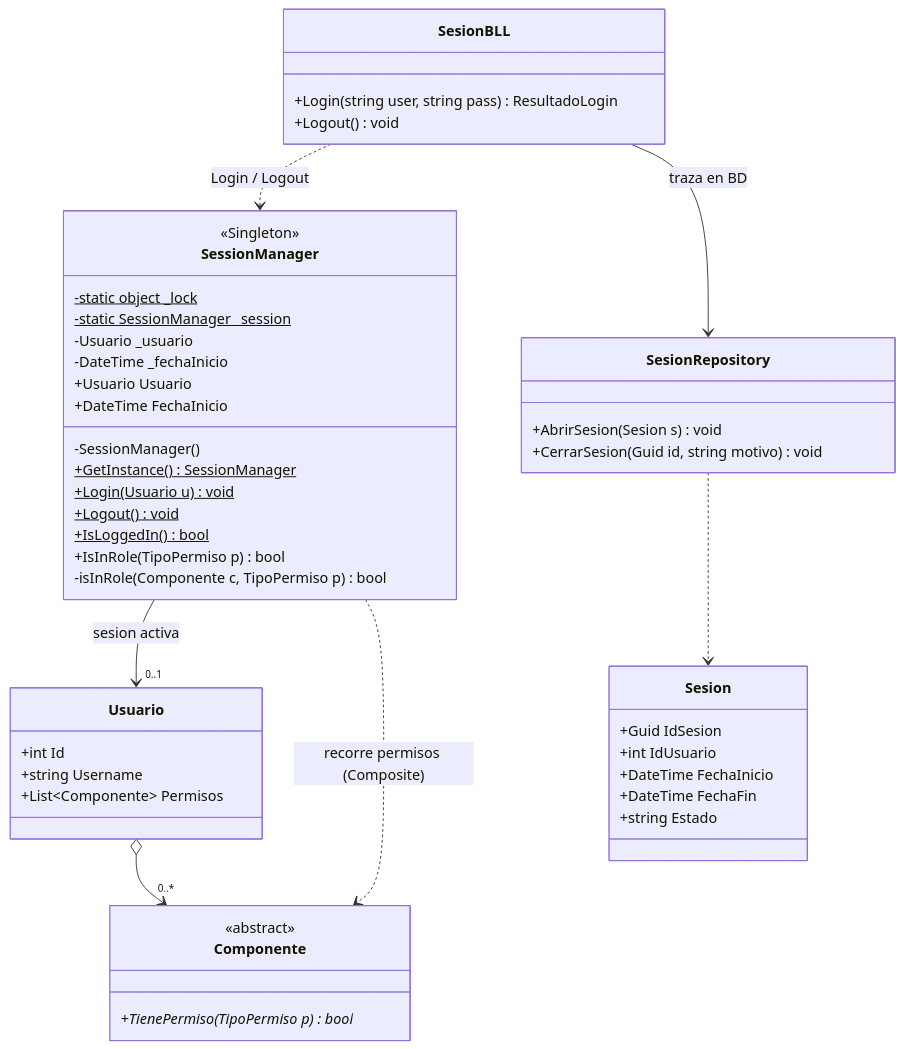
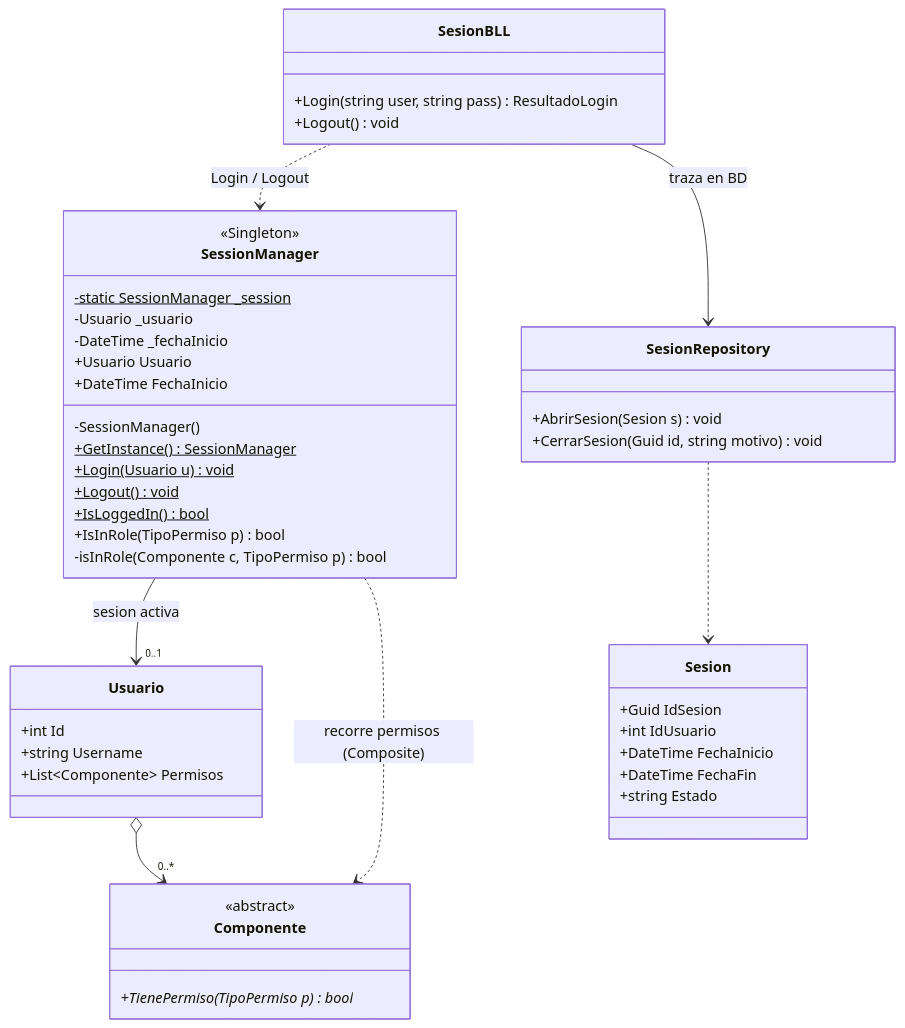
The diagram in docs/ERS - Especificación de Requerimientos Software/DC - Diagrama de clases/DC-sesion-singleton.md (UAINahueLeandroDefeudi/uai-ing-soft), drawn with Mermaid before and after one commit. The commit also changed other lines of this file and 3 other files, not shown here.

````diff
--- a/docs/ERS - Especificación de Requerimientos Software/DC - Diagrama de clases/DC-sesion-singleton.md
+++ b/docs/ERS - Especificación de Requerimientos Software/DC - Diagrama de clases/DC-sesion-singleton.md
@@ -8,57 +8,56 @@
 ```mermaid
 classDiagram
     direction TB
 
     class SessionManager {
         <<Singleton>>
-        -static object _lock$
         -static SessionManager _session$
         -Usuario _usuario
         -DateTime _fechaInicio
         -SessionManager()
         +GetInstance()$ SessionManager
         +Login(Usuario u)$ void
         +Logout()$ void
         +IsLoggedIn()$ bool
         +IsInRole(TipoPermiso p) bool
         +Usuario Usuario
         +DateTime FechaInicio
         -isInRole(Componente c, TipoPermiso p) bool
     }
 
     class Usuario {
         +int Id
         +string Username
         +List~Componente~ Permisos
     }
 
     class Componente {
         <<abstract>>
         +TienePermiso(TipoPermiso p)* bool
     }
 
     class SesionBLL {
         +Login(string user, string pass) ResultadoLogin
         +Logout() void
     }
 
     class SesionRepository {
         +AbrirSesion(Sesion s) void
         +CerrarSesion(Guid id, string motivo) void
     }
 
     class Sesion {
         +Guid IdSesion
         +int IdUsuario
         +DateTime FechaInicio
         +DateTime FechaFin
         +string Estado
     }
 
     SessionManager --> "0..1" Usuario : sesion activa
     SessionManager ..> Componente : recorre permisos (Composite)
     Usuario o--> "0..*" Componente
     SesionBLL ..> SessionManager : Login / Logout
     SesionBLL --> SesionRepository : traza en BD
     SesionRepository ..> Sesion
 ```
````
